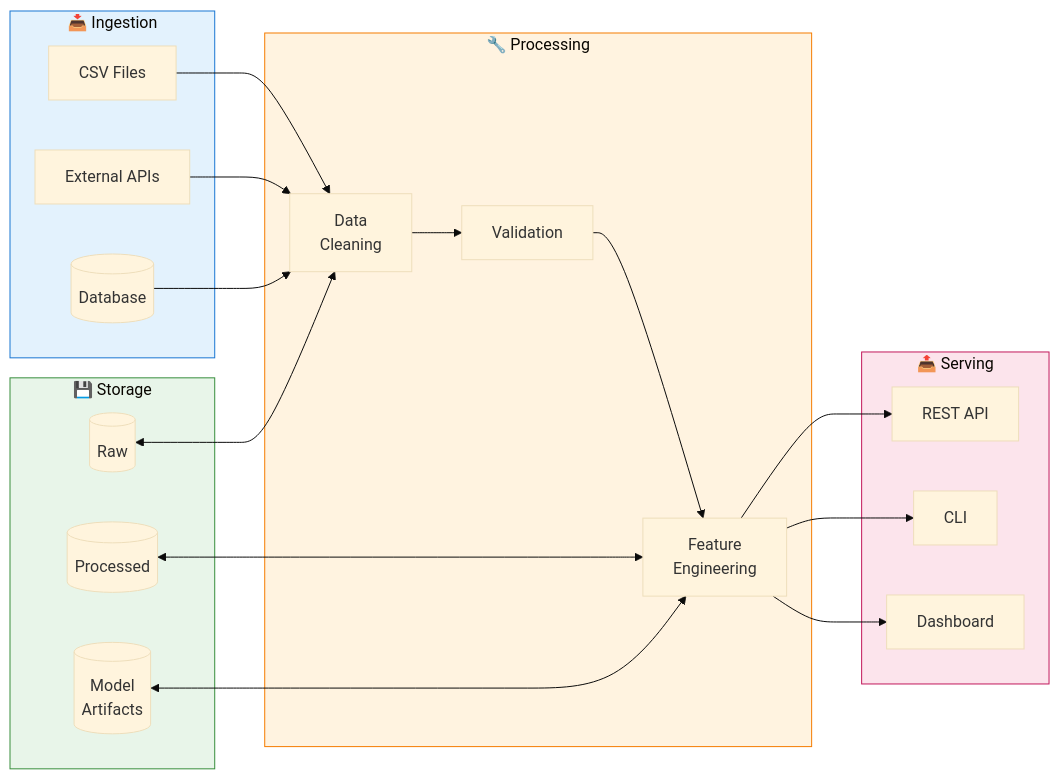
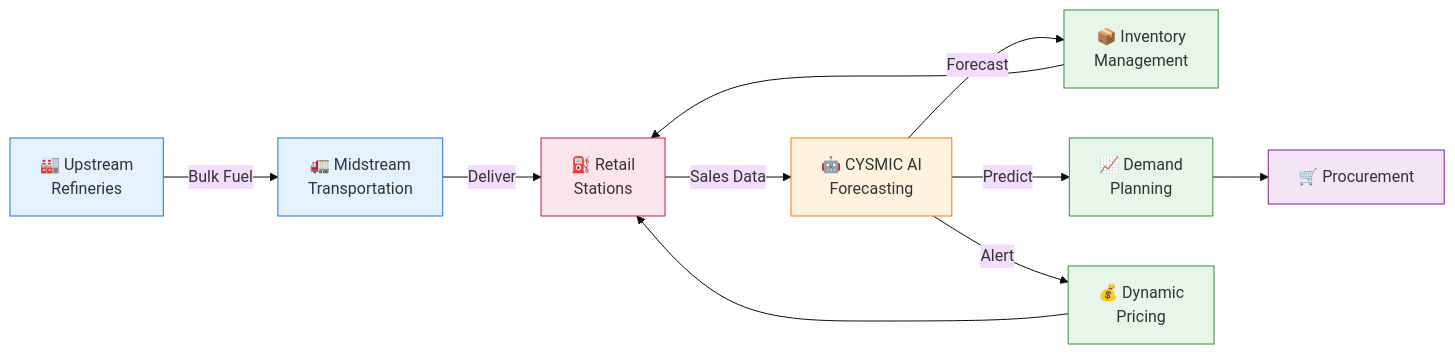
Before and after one commit to project-merlin-00/cysmic-fuel-forecasting: the sixth of 6 diagrams in docs/architecture.md, drawn with Mermaid. The commit also changed other lines of this file, not shown here.

First line of the commit message:
Update with Kenya O&G retail specific diagrams

````diff
--- a/docs/architecture.md
+++ b/docs/architecture.md
@@ -167,47 +232,26 @@
 ```mermaid
 %%{init: {'theme': 'base'}}%%
 flowchart LR
-    subgraph Ingest["📥 Ingestion"]
-        CSV[CSV Files]
-        API[External APIs]
-        DB[(Database)]
-    end
+    Upstream[🏭 Upstream<br/>Refineries] -->|Bulk Fuel| Midstream[🚛 Midstream<br/>Transportation]
     
-    subgraph Process["🔧 Processing"]
-        Clean[Data<br/>Cleaning]
-        Validate[Validation]
-        Feature[Feature<br/>Engineering]
-    end
+    Midstream -->|Deliver| Retail[⛽ Retail<br/>Stations]
     
-    subgraph Store["💾 Storage"]
-        Raw[(Raw)]
-        Processed[(Processed)]
-        Models[(Model<br/>Artifacts)]
-    end
+    Retail -->|Sales Data| AI[🤖 CYSMIC AI<br/>Forecasting]
     
-    subgraph Serve["📤 Serving"]
-        API_S[REST API]
-        CLI_S[CLI]
-        Dashboard_S[Dashboard]
-    end
+    AI -->|Forecast| Inventory[📦 Inventory<br/>Management]
+    AI -->|Predict| Demand[📈 Demand<br/>Planning]
+    AI -->|Alert| Pricing[💰 Dynamic<br/>Pricing]
     
-    CSV --> Clean
-    API --> Clean
-    DB --> Clean
+    Inventory --> Retail
+    Demand --> Procurement[🛒 Procurement]
+    Pricing --> Retail
     
-    Clean --> Validate
-    Validate --> Feature
-    
-    Raw <--> Clean
-    Processed <--> Feature
-    Models <--> Feature
-    
-    Feature --> API_S
-    Feature --> CLI_S
-    Feature --> Dashboard_S
-    
-    style Ingest fill:#e3f2fd,stroke:#1976d2
-    style Process fill:#fff3e0,stroke:#f57c00
-    style Store fill:#e8f5e9,stroke:#388e3c
-    style Serve fill:#fce4ec,stroke:#c2185b
+    style Upstream fill:#e3f2fd,stroke:#1976d2
+    style Midstream fill:#e3f2fd,stroke:#1976d2
+    style Retail fill:#fce4ec,stroke:#c2185b
+    style AI fill:#fff3e0,stroke:#f57c00
+    style Inventory fill:#e8f5e9,stroke:#388e3c
+    style Demand fill:#e8f5e9,stroke:#388e3c
+    style Pricing fill:#e8f5e9,stroke:#388e3c
+    style Procurement fill:#f3e5f5,stroke:#7b1fa2
 ```
````
